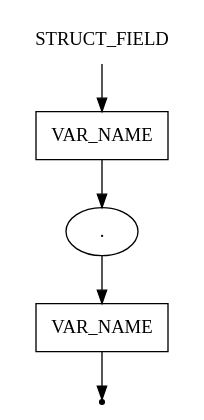
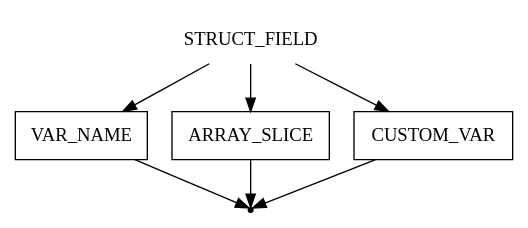
One commit to ayu-f/DSL_Pseudocode changed the diagram in pseudocode/struct_field.gv. Above: the diagram before and after it, drawn with Graphviz. The commit also changed 15 other files, not shown here.

```diff
--- a/pseudocode/struct_field.gv
+++ b/pseudocode/struct_field.gv
@@ -1,12 +1,15 @@
 digraph STRUCT_FIELD {
     start [label=STRUCT_FIELD shape=plaintext]
-    var_name_1 [label=VAR_NAME shape=box]
-    dot [label="." shape=oval]
-    var_name_2 [label=VAR_NAME shape=box]
+    var_name [label=VAR_NAME shape=box]
+    array_slice [label=ARRAY_SLICE shape=box]
+    custom_var [label=CUSTOM_VAR shape=box]
     end [label="" shape=point]
 
-    start -> var_name_1
-    var_name_1 -> dot
-    dot -> var_name_2
-    var_name_2 -> end
+    start -> custom_var
+    start -> array_slice
+    start -> var_name
+
+    var_name -> end
+    array_slice -> end
+    custom_var -> end
 }
```
